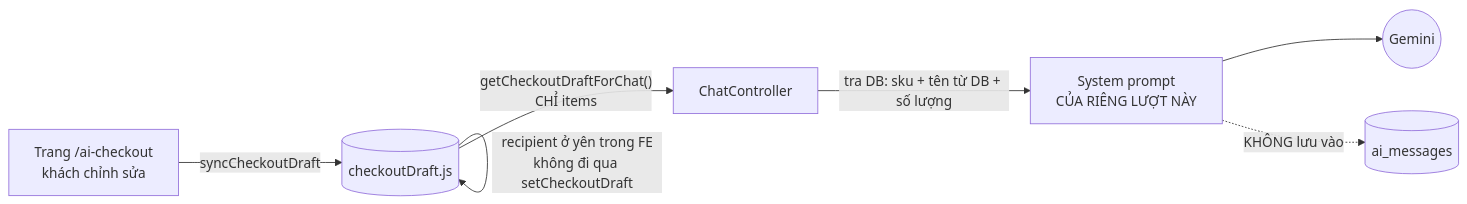
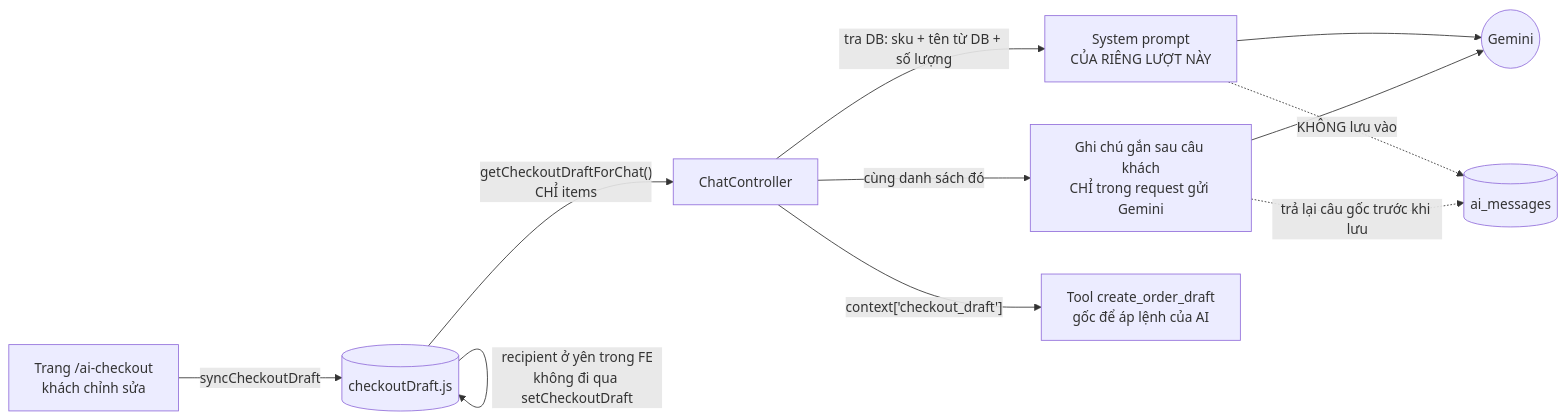
Before and after one commit to zdevlongnguz-blip/du-an-1: the third of 3 diagrams in docs/chat-ai/len-don-nhanh/11-dong-bo-don-nhap.md, drawn with Mermaid. The commit also changed other lines of this file and 14 other files, not shown here.

First line of the commit message:
fix(be): tool lên đơn nhận lệnh, server tự tính số lượng trên đơn nháp

````diff
--- a/docs/chat-ai/len-don-nhanh/11-dong-bo-don-nhap.md
+++ b/docs/chat-ai/len-don-nhanh/11-dong-bo-don-nhap.md
@@ -71,9 +73,13 @@
 ```mermaid
 flowchart LR
     T["Trang /ai-checkout<br/>khách chỉnh sửa"] -->|syncCheckoutDraft| K[("checkoutDraft.js")]
     K -->|"getCheckoutDraftForChat()<br/>CHỈ items"| C["ChatController"]
     C -->|"tra DB: sku + tên từ DB + số lượng"| P["System prompt<br/>CỦA RIÊNG LƯỢT NÀY"]
+    C -->|"cùng danh sách đó"| R["Ghi chú gắn sau câu khách<br/>CHỈ trong request gửi Gemini"]
+    C -->|"context['checkout_draft']"| TL["Tool create_order_draft<br/>gốc để áp lệnh của AI"]
     P --> AI(("Gemini"))
+    R --> AI
     P -. "KHÔNG lưu vào" .-> H[("ai_messages")]
+    R -. "trả lại câu gốc trước khi lưu" .-> H
     K -->|"recipient ở yên trong FE<br/>không đi qua setCheckoutDraft"| K
 ```
````
